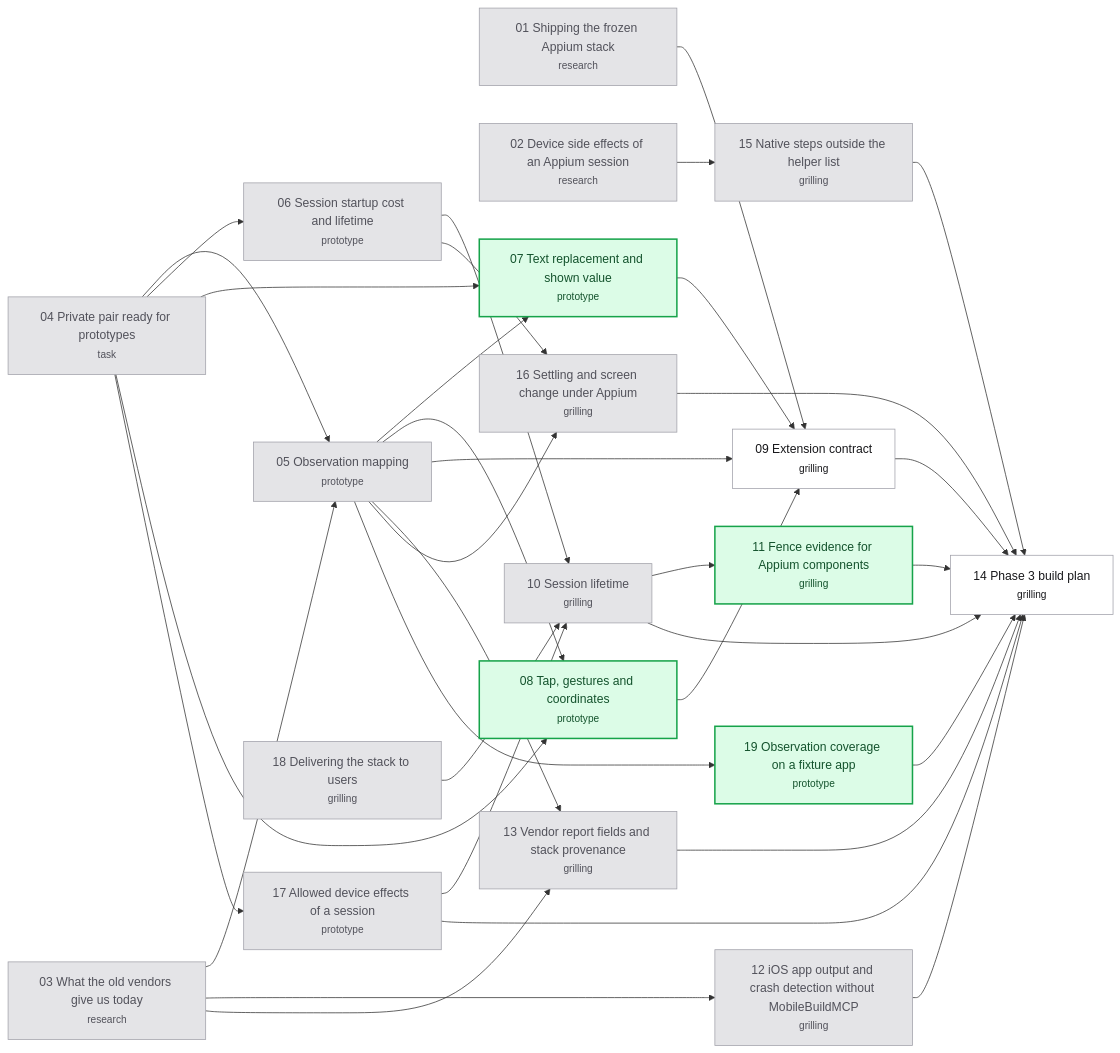
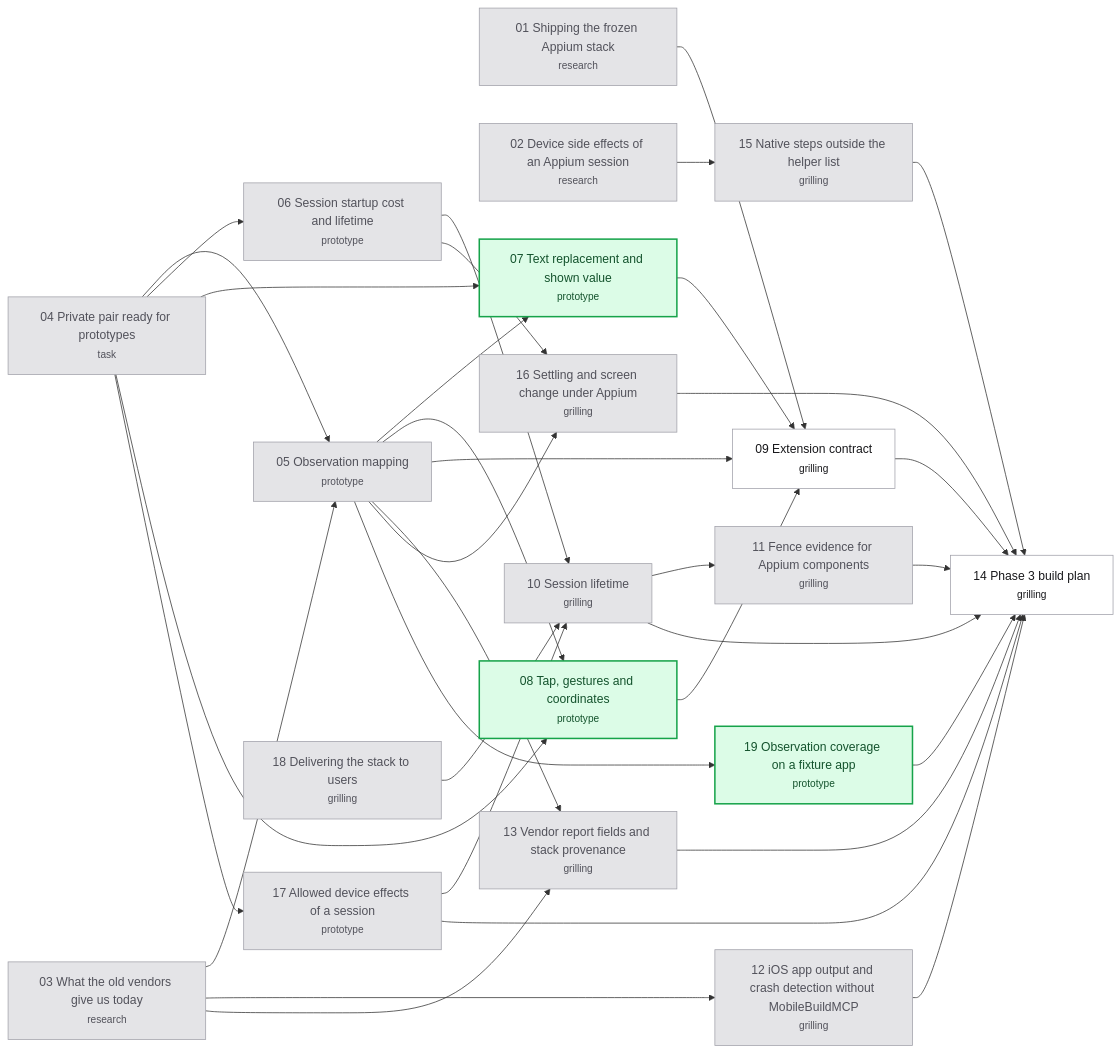
The diagram in .scratch/appium-phase3/map.md (hugues-vnsgn/jev-ios-bridge), drawn with Mermaid before and after one commit. The commit also changed other lines of this file and 2 other files, not shown here.

Commit message:
docs(appium-phase3): resolve Fence evidence for Appium components

````diff
--- a/.scratch/appium-phase3/map.md
+++ b/.scratch/appium-phase3/map.md
@@ -85,61 +86,61 @@
 ```mermaid
 flowchart LR
     T01["01 Shipping the frozen Appium stack<br/><small>research</small>"]
     T02["02 Device side effects of an Appium session<br/><small>research</small>"]
     T03["03 What the old vendors give us today<br/><small>research</small>"]
     T04["04 Private pair ready for prototypes<br/><small>task</small>"]
     T05["05 Observation mapping<br/><small>prototype</small>"]
     T06["06 Session startup cost and lifetime<br/><small>prototype</small>"]
     T07["07 Text replacement and shown value<br/><small>prototype</small>"]
     T08["08 Tap, gestures and coordinates<br/><small>prototype</small>"]
     T09["09 Extension contract<br/><small>grilling</small>"]
     T10["10 Session lifetime<br/><small>grilling</small>"]
     T11["11 Fence evidence for Appium components<br/><small>grilling</small>"]
     T12["12 iOS app output and crash detection without MobileBuildMCP<br/><small>grilling</small>"]
     T13["13 Vendor report fields and stack provenance<br/><small>grilling</small>"]
     T14["14 Phase 3 build plan<br/><small>grilling</small>"]
     T15["15 Native steps outside the helper list<br/><small>grilling</small>"]
     T16["16 Settling and screen change under Appium<br/><small>grilling</small>"]
     T17["17 Allowed device effects of a session<br/><small>prototype</small>"]
     T18["18 Delivering the stack to users<br/><small>grilling</small>"]
     T19["19 Observation coverage on a fixture app<br/><small>prototype</small>"]
     T03 --> T05
     T04 --> T05
     T04 --> T06
     T04 --> T07
     T05 --> T07
     T04 --> T08
     T05 --> T08
     T01 --> T09
     T05 --> T09
     T07 --> T09
     T08 --> T09
     T06 --> T10
     T17 --> T10
     T18 --> T10
     T10 --> T11
     T03 --> T12
     T03 --> T13
     T05 --> T13
     T09 --> T14
     T10 --> T14
     T11 --> T14
     T12 --> T14
     T13 --> T14
     T15 --> T14
     T16 --> T14
     T17 --> T14
     T19 --> T14
     T02 --> T15
     T05 --> T16
     T06 --> T16
     T04 --> T17
     T05 --> T19
     classDef resolved fill:#e4e4e7,stroke:#a1a1aa,color:#52525b
     classDef claimed fill:#dbeafe,stroke:#2563eb,color:#1e3a8a
     classDef frontier fill:#dcfce7,stroke:#16a34a,color:#14532d,stroke-width:2px
     classDef blocked fill:#ffffff,stroke:#a1a1aa,color:#18181b
-    class T01,T02,T03,T04,T05,T06,T10,T12,T13,T15,T16,T17,T18 resolved
-    class T07,T08,T11,T19 frontier
+    class T01,T02,T03,T04,T05,T06,T10,T11,T12,T13,T15,T16,T17,T18 resolved
+    class T07,T08,T19 frontier
     class T09,T14 blocked
 ```
````
